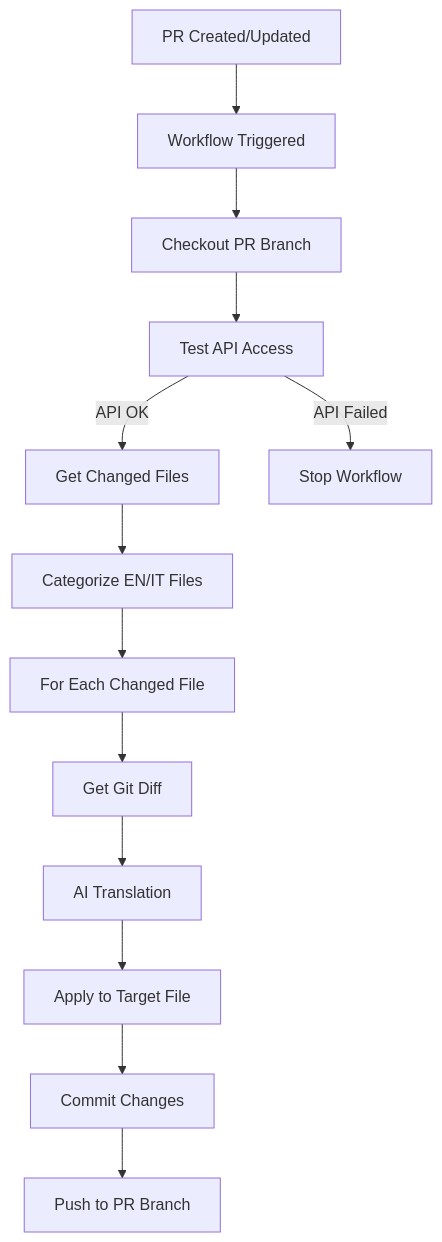
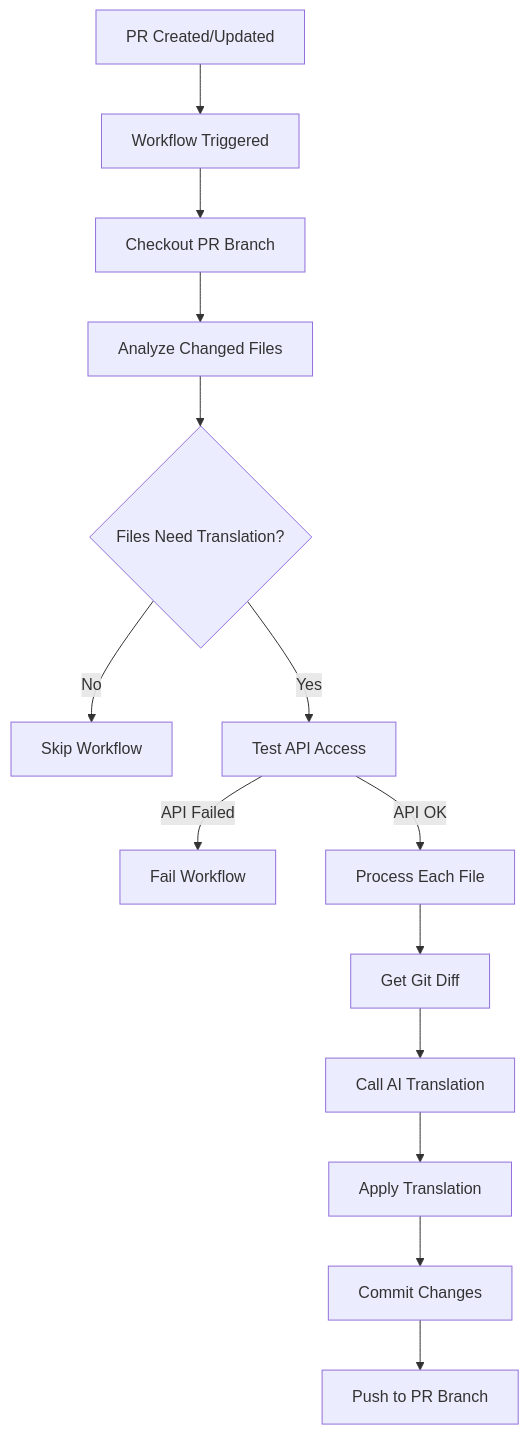
The diagram in .github/scripts/translation-agent/ARCHITECTURE.md (NethServer/nethvoice-docs), drawn with Mermaid before and after one commit. The commit also changed other lines of this file and 6 other files, not shown here.

Commit message:
refactor: update workflow and Python agent and enhance translation sync system documentation

````diff
--- a/.github/scripts/translation-agent/ARCHITECTURE.md
+++ b/.github/scripts/translation-agent/ARCHITECTURE.md
@@ -49,15 +93,16 @@
 ```mermaid
 graph TD
     A[PR Created/Updated] --> B[Workflow Triggered]
     B --> C[Checkout PR Branch]
-    C --> C1[Test API Access]
-    C1 --> |API OK| D[Get Changed Files]
-    C1 --> |API Failed| Z[Stop Workflow]
-    D --> E[Categorize EN/IT Files]
-    E --> F[For Each Changed File]
-    F --> G[Get Git Diff]
-    G --> H[AI Translation]
-    H --> I[Apply to Target File]
-    I --> J[Commit Changes]
-    J --> K[Push to PR Branch]
+    C --> D[Analyze Changed Files]
+    D --> E{Files Need Translation?}
+    E --> |No| Z[Skip Workflow]
+    E --> |Yes| F[Test API Access]
+    F --> |API Failed| Y[Fail Workflow]
+    F --> |API OK| G[Process Each File]
+    G --> H[Get Git Diff]
+    H --> I[Call AI Translation]
+    I --> J[Apply Translation]
+    J --> K[Commit Changes]
+    K --> L[Push to PR Branch]
 ```
````
